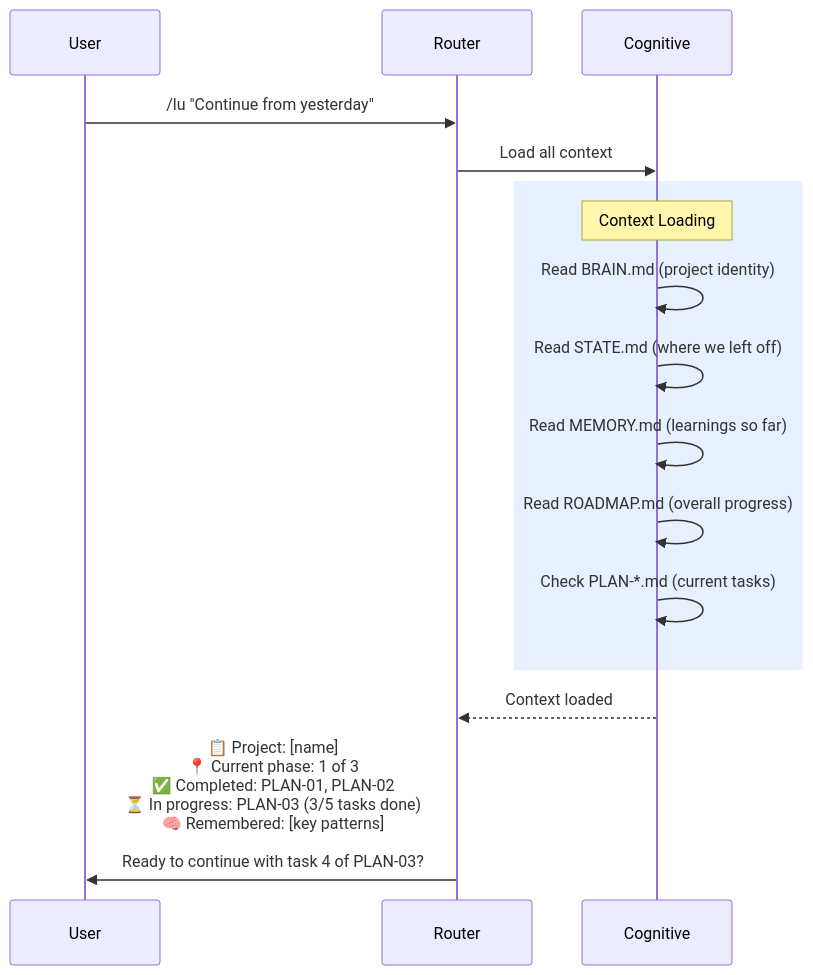
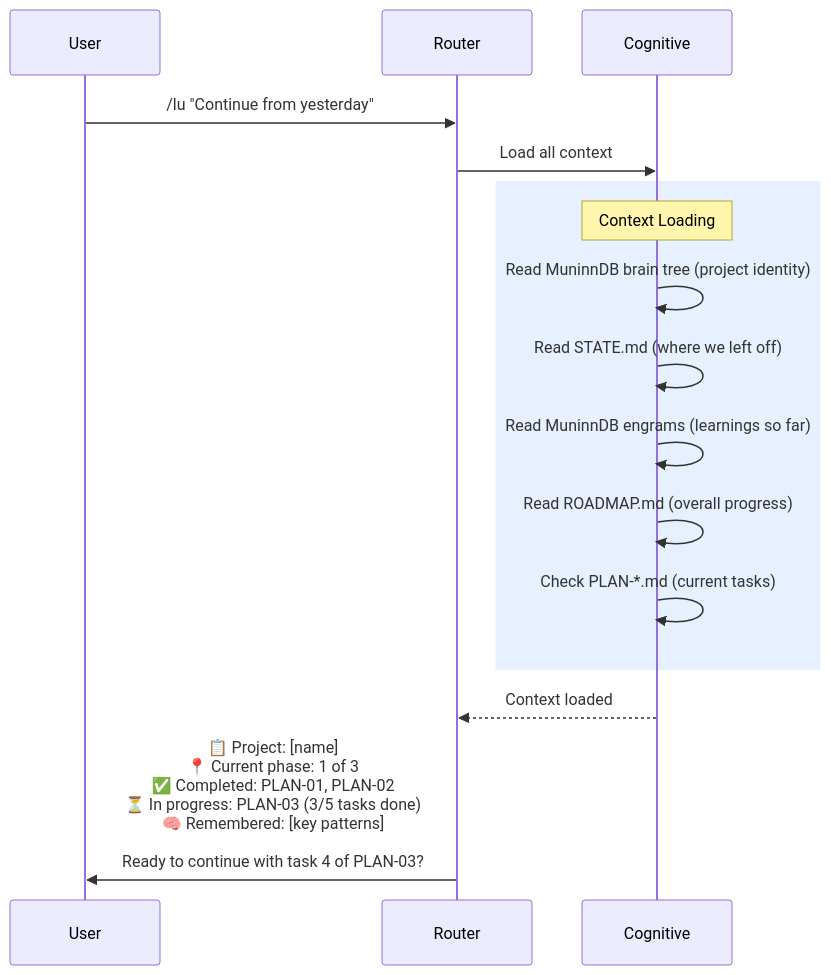
Before and after one commit to asibilia/luca-framework: the tenth of 12 diagrams in docs/agent-framework/luca/end-to-end-workflow.md, drawn with Mermaid. The commit also changed other lines of this file and 820 other files, not shown here.

````diff
--- a/docs/agent-framework/luca/end-to-end-workflow.md
+++ b/docs/agent-framework/luca/end-to-end-workflow.md
@@ -542,23 +542,23 @@
 ```mermaid
 sequenceDiagram
     participant U as User
     participant R as Router
     participant C as Cognitive
 
     U->>R: /lu "Continue from yesterday"
 
     R->>C: Load all context
 
     rect rgb(230, 240, 255)
         Note over C: Context Loading
-        C->>C: Read BRAIN.md (project identity)
+        C->>C: Read MuninnDB brain tree (project identity)
         C->>C: Read STATE.md (where we left off)
-        C->>C: Read MEMORY.md (learnings so far)
+        C->>C: Read MuninnDB engrams (learnings so far)
         C->>C: Read ROADMAP.md (overall progress)
         C->>C: Check PLAN-*.md (current tasks)
     end
 
     C-->>R: Context loaded
 
     R->>U: 📋 Project: [name]<br/>📍 Current phase: 1 of 3<br/>✅ Completed: PLAN-01, PLAN-02<br/>⏳ In progress: PLAN-03 (3/5 tasks done)<br/>🧠 Remembered: [key patterns]<br/><br/>Ready to continue with task 4 of PLAN-03?
 ```
````
